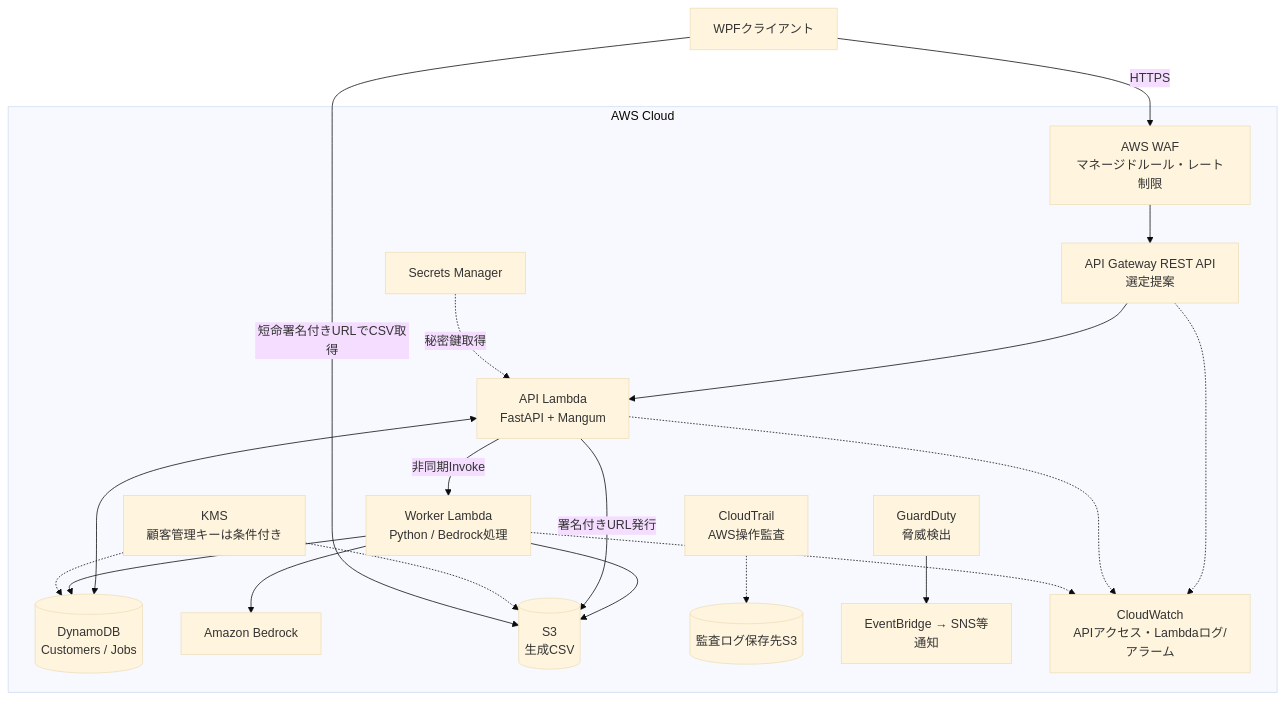
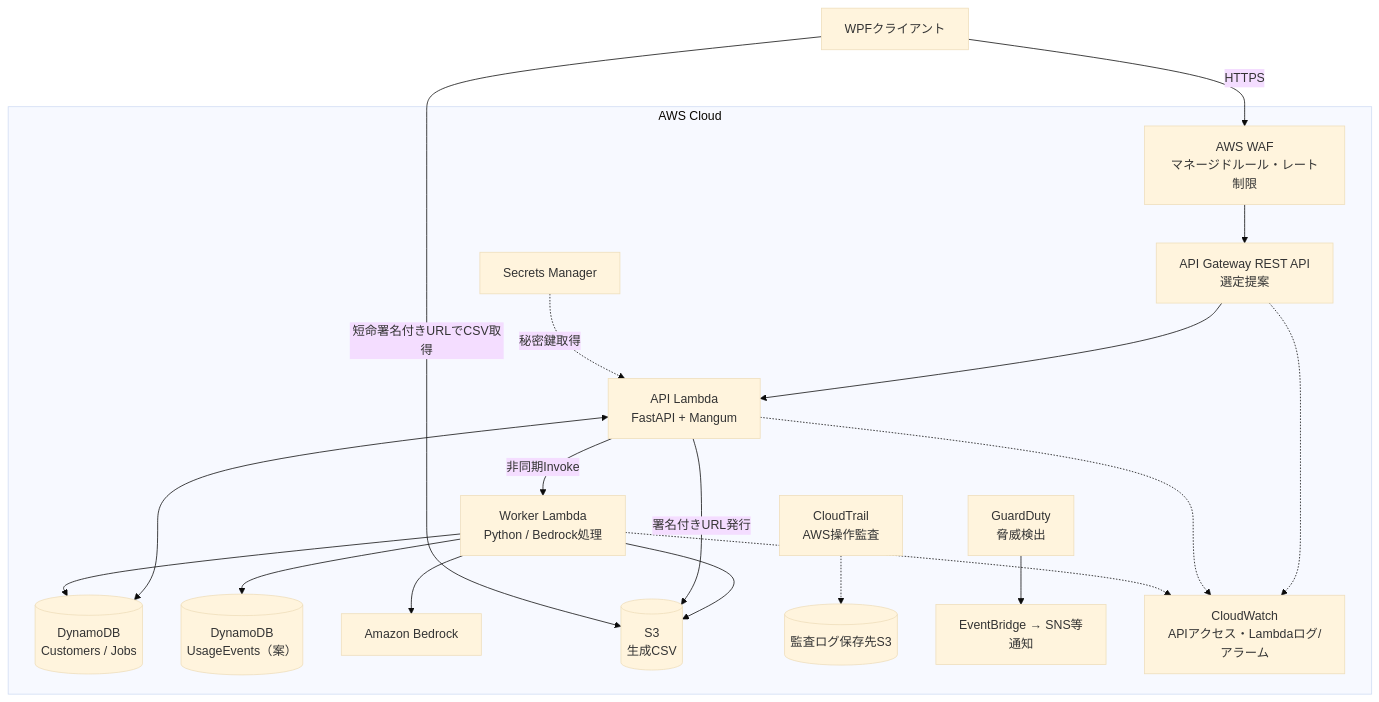
Before and after one commit to knmo000-tech/awsMemo: the diagram in docs/architecture.md, drawn with Mermaid (base theme). The commit also changed other lines of this file, not shown here.

Commit message:
docs: record rejection of customer-managed KMS key and billing integrity design

````diff
--- a/docs/architecture.md
+++ b/docs/architecture.md
@@ -11,24 +11,23 @@
 ```mermaid
 flowchart TD
     C["WPFクライアント"] -->|"HTTPS"| WF["AWS WAF<br/>マネージドルール・レート制限"]
     subgraph AWS["AWS Cloud"]
       WF --> GW["API Gateway REST API<br/>選定提案"]
       GW --> A["API Lambda<br/>FastAPI + Mangum"]
       A -->|"非同期Invoke"| W["Worker Lambda<br/>Python / Bedrock処理"]
       A <--> D[("DynamoDB<br/>Customers / Jobs")]
       W --> D
+      W --> U[("DynamoDB<br/>UsageEvents（案）")]
       W --> B["Amazon Bedrock"]
       W --> S[("S3<br/>生成CSV")]
       A -->|"署名付きURL発行"| S
       SM["Secrets Manager"] -.->|"秘密鍵取得"| A
       CT["CloudTrail<br/>AWS操作監査"] -.-> AUDIT[("監査ログ保存先S3")]
       GD["GuardDuty<br/>脅威検出"] --> EV["EventBridge → SNS等<br/>通知"]
-      KMS["KMS<br/>顧客管理キーは条件付き"] -.-> S
-      KMS -.-> D
       LOG["CloudWatch<br/>APIアクセス・Lambdaログ/アラーム"]
       GW -.-> LOG
       A -.-> LOG
       W -.-> LOG
     end
     C -->|"短命署名付きURLでCSV取得"| S
 ```
````
